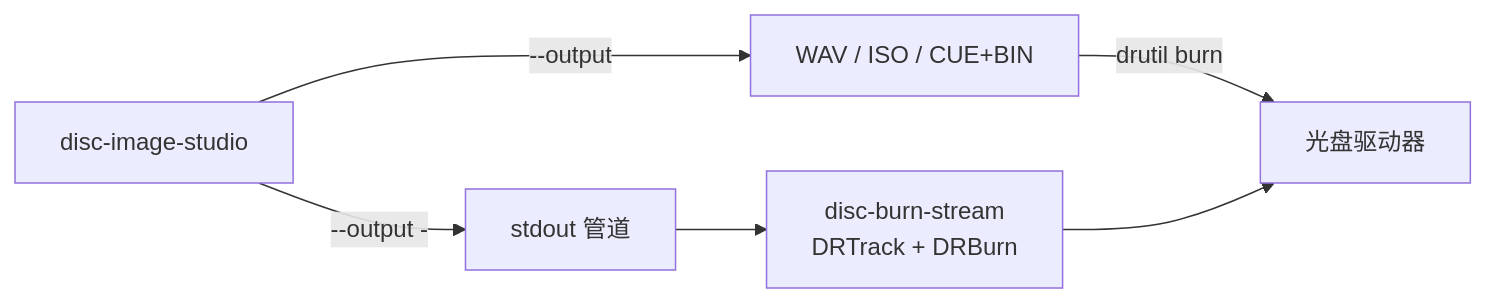
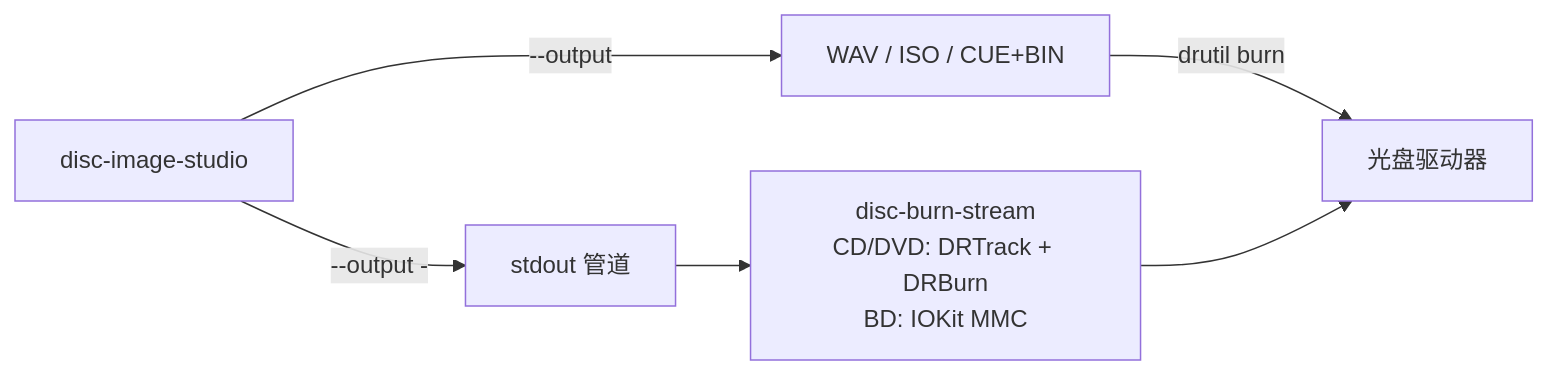
Before and after one commit to JiaFeiMiao-K-Cat/DiscImageStudio: the second of 2 diagrams in docs/MACOS_GUI.md, drawn with Mermaid. The commit also changed other lines of this file and 6 other files, not shown here.

Commit message:
文档：同步 macOS BD MMC、DVD/BD 随盘文件与校验策略

````diff
--- a/docs/MACOS_GUI.md
+++ b/docs/MACOS_GUI.md
@@ -337,8 +337,8 @@
 ```mermaid
 flowchart LR
     CLI["disc-image-studio"] -->|"--output <file>"| Image["WAV / ISO / CUE+BIN"]
     Image -->|"drutil burn"| Drive["光盘驱动器"]
     CLI -->|"--output -"| Pipe["stdout 管道"]
-    Pipe --> Helper["disc-burn-stream<br/>DRTrack + DRBurn"]
+    Pipe --> Helper["disc-burn-stream<br/>CD/DVD: DRTrack + DRBurn<br/>BD: IOKit MMC"]
     Helper --> Drive
 ```
````
